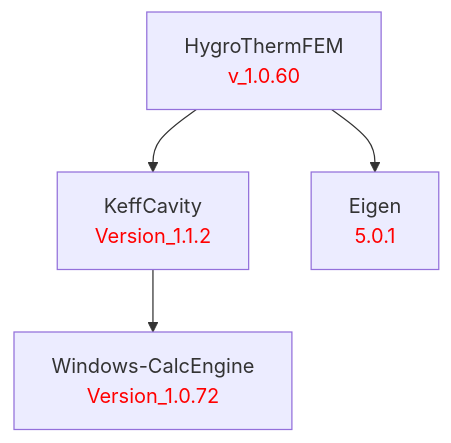
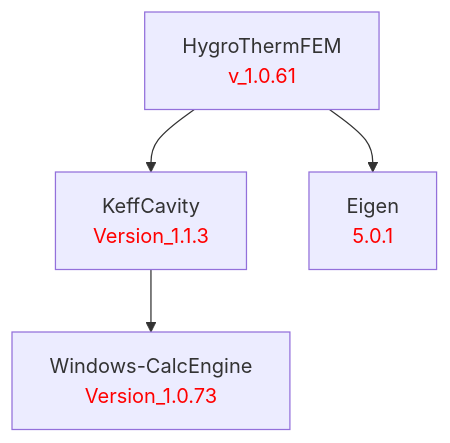
One commit to LBNL-ETA/HygroThermFEM changed the diagram in doc/HygroThermFEM.md. Above: the diagram before and after it, drawn with Mermaid. The commit also changed 1 other file, not shown here.

Commit message:
Bump version to 1.0.61; KeffCavity Version_1.1.3

````diff
--- a/doc/HygroThermFEM.md
+++ b/doc/HygroThermFEM.md
@@ -1,13 +1,13 @@
 ```mermaid
 graph TD
     %% Package definitions
-    HygroThermFEM[HygroThermFEM<br/><font color='red'>v_1.0.60</font>]
-    KeffCavity[KeffCavity<br/><font color='red'>Version_1.1.2</font>]
+    HygroThermFEM[HygroThermFEM<br/><font color='red'>v_1.0.61</font>]
+    KeffCavity[KeffCavity<br/><font color='red'>Version_1.1.3</font>]
     Eigen[Eigen<br/><font color='red'>5.0.1</font>]
-    WindowsCalcEngine[Windows-CalcEngine<br/><font color='red'>Version_1.0.72</font>]
+    WindowsCalcEngine[Windows-CalcEngine<br/><font color='red'>Version_1.0.73</font>]
 
     %% Package relations
     HygroThermFEM --> KeffCavity
     HygroThermFEM --> Eigen
     KeffCavity --> WindowsCalcEngine
 ```
````
